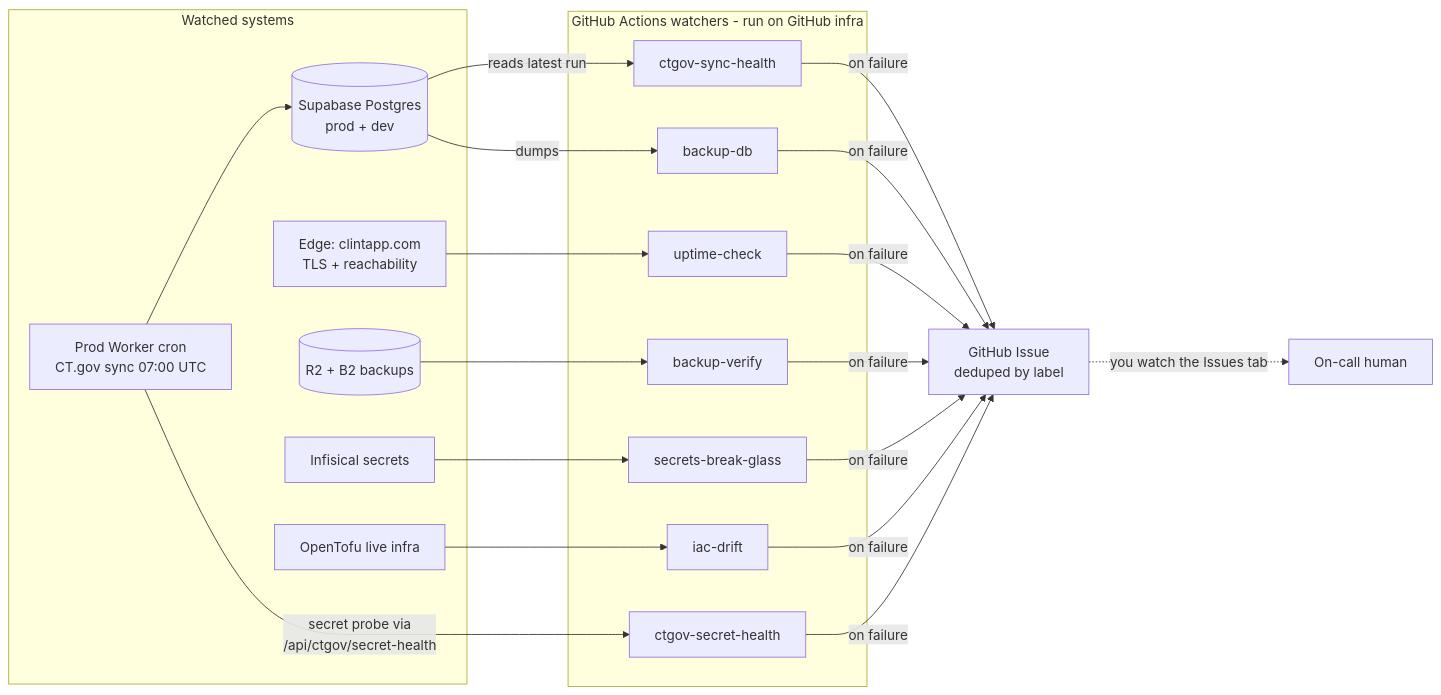
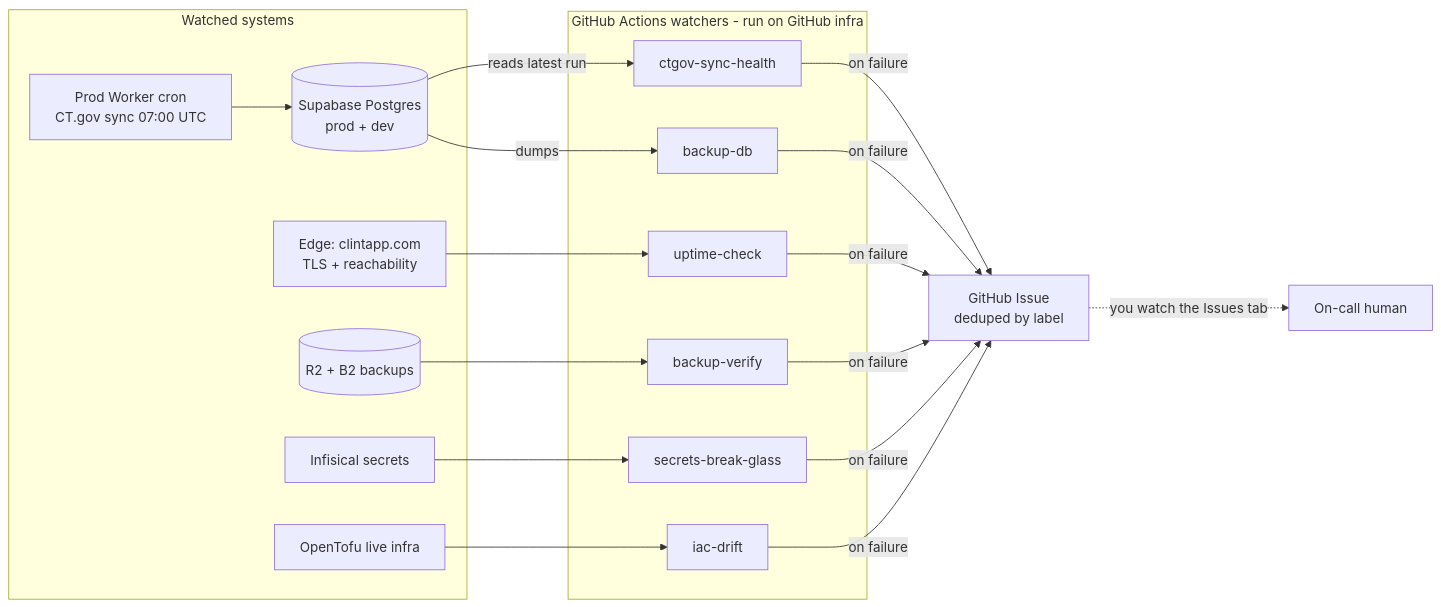
The first of 3 diagrams in docs/runbook/15-observability-and-alerting.md (clint-org/clint), drawn with Mermaid before and after one commit. The commit also changed other lines of this file and 2 other files, not shown here.

First line of the commit message:
chore(ctgov-sync): drop redundant secret-drift watcher

````diff
--- a/docs/runbook/15-observability-and-alerting.md
+++ b/docs/runbook/15-observability-and-alerting.md
@@ -26,30 +26,28 @@
 ```mermaid
 flowchart LR
   subgraph WATCHED[Watched systems]
     W[Prod Worker cron<br/>CT.gov sync 07:00 UTC]
     DB[(Supabase Postgres<br/>prod + dev)]
     EDGE[Edge: clintapp.com<br/>TLS + reachability]
     BK[(R2 + B2 backups)]
     INF[Infisical secrets]
     IAC[OpenTofu live infra]
   end
   subgraph GHA[GitHub Actions watchers - run on GitHub infra]
     H1[ctgov-sync-health]
-    H7[ctgov-secret-health]
     H2[uptime-check]
     H3[backup-db]
     H4[backup-verify]
     H5[secrets-break-glass]
     H6[iac-drift]
   end
   W --> DB
   DB -- reads latest run --> H1
-  W -- secret probe via<br/>/api/ctgov/secret-health --> H7
   EDGE --> H2
   DB -- dumps --> H3
   BK --> H4
   INF --> H5
   IAC --> H6
-  H1 & H7 & H2 & H3 & H4 & H5 & H6 -- on failure --> ISS[GitHub Issue<br/>deduped by label]
+  H1 & H2 & H3 & H4 & H5 & H6 -- on failure --> ISS[GitHub Issue<br/>deduped by label]
   ISS -. you watch the Issues tab .-> HUMAN[On-call human]
 ```
````
